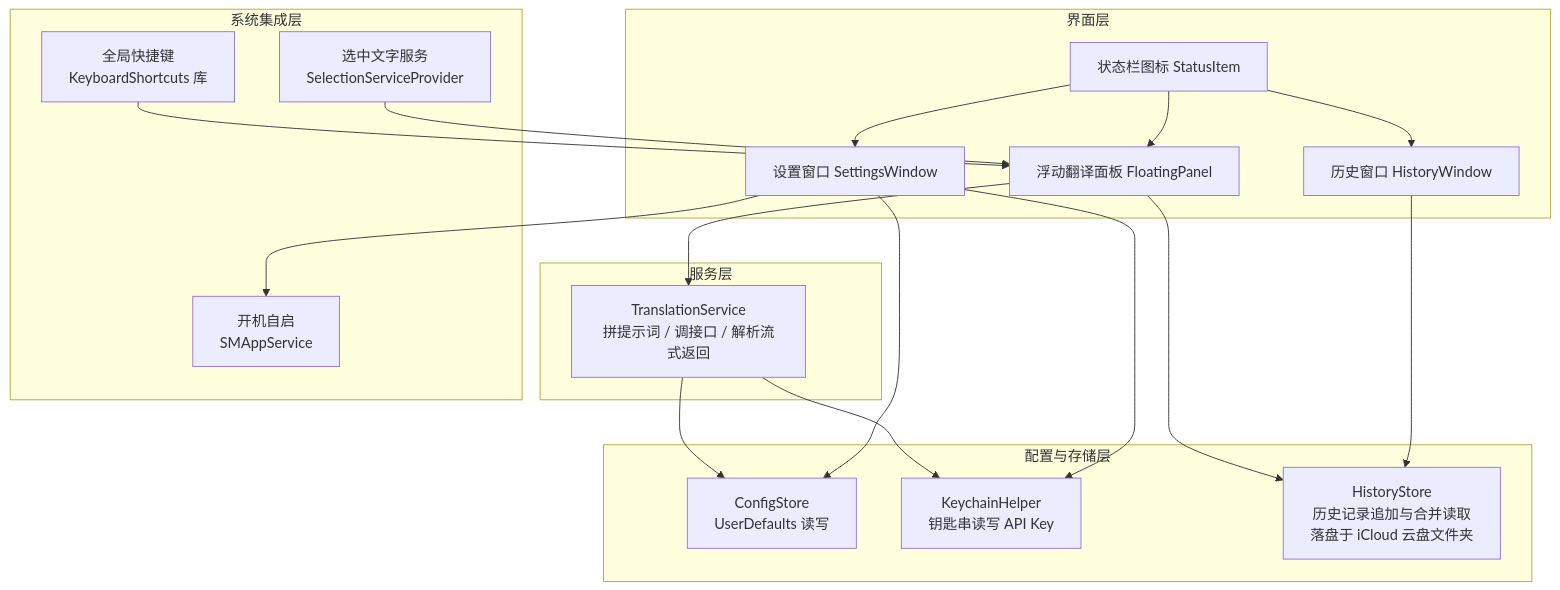
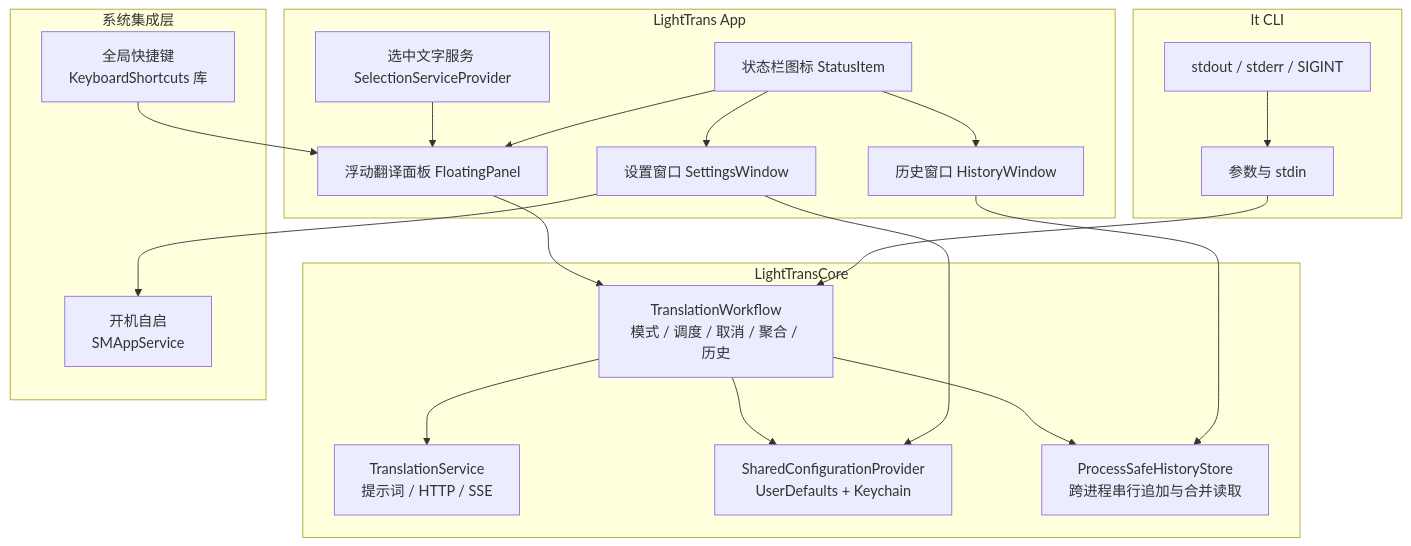
One commit to gOODiDEA2002/lighttrans changed the first of 3 diagrams in docs/02-system-design.md. Above: the diagram before and after it, drawn with Mermaid. The commit also changed other lines of this file and 43 other files, not shown here.

````diff
--- a/docs/02-system-design.md
+++ b/docs/02-system-design.md
@@ -11,35 +11,38 @@
 ```mermaid
 flowchart TB
-    subgraph UI[界面层]
+    subgraph APP[LightTrans App]
         A[状态栏图标 StatusItem]
         B[浮动翻译面板 FloatingPanel]
         C[设置窗口 SettingsWindow]
         C2[历史窗口 HistoryWindow]
+        J[选中文字服务 SelectionServiceProvider]
     end
-    subgraph SVC[服务层]
-        D[TranslationService<br>拼提示词 / 调接口 / 解析流式返回]
+    subgraph CLI[lt CLI]
+        K[参数与 stdin]
+        L[stdout / stderr / SIGINT]
     end
-    subgraph CFG[配置与存储层]
-        E[ConfigStore<br>UserDefaults 读写]
-        F[KeychainHelper<br>钥匙串读写 API Key]
-        I[HistoryStore<br>历史记录追加与合并读取<br>落盘于 iCloud 云盘文件夹]
+    subgraph CORE[LightTransCore]
+        W[TranslationWorkflow<br>模式 / 调度 / 取消 / 聚合 / 历史]
+        D[TranslationService<br>提示词 / HTTP / SSE]
+        E[SharedConfigurationProvider<br>UserDefaults + Keychain]
+        I[ProcessSafeHistoryStore<br>跨进程串行追加与合并读取]
     end
     subgraph SYS[系统集成层]
         G[全局快捷键<br>KeyboardShortcuts 库]
         H[开机自启<br>SMAppService]
-        J[选中文字服务<br>SelectionServiceProvider]
     end
-    B --> D
-    B --> I
+    B --> W
+    K --> W
+    W --> D
+    W --> E
+    W --> I
     C2 --> I
-    D --> E
-    D --> F
     C --> E
-    C --> F
     C --> H
     G --> B
     J --> B
+    L --> K
     A --> B
     A --> C
     A --> C2
 ```
````
